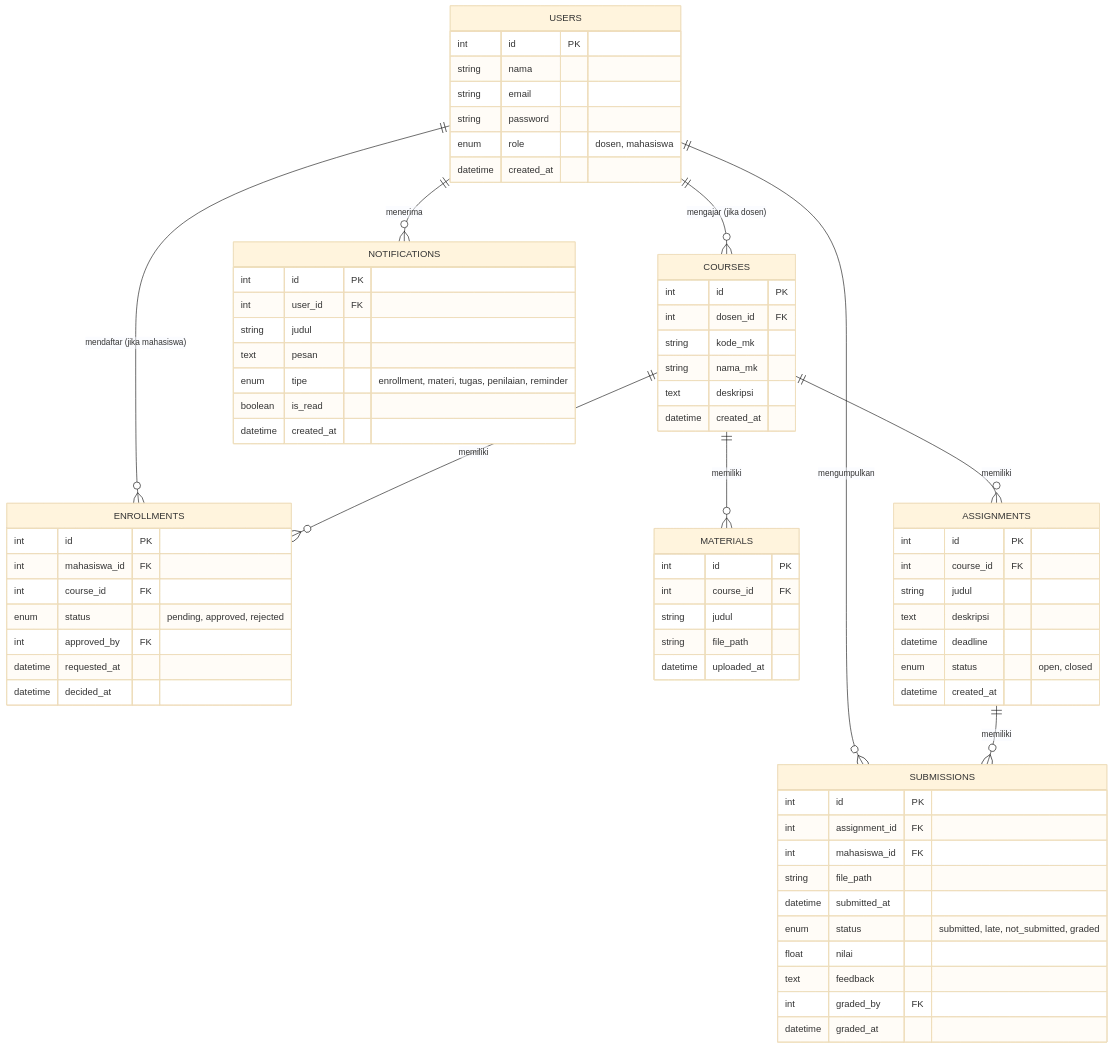
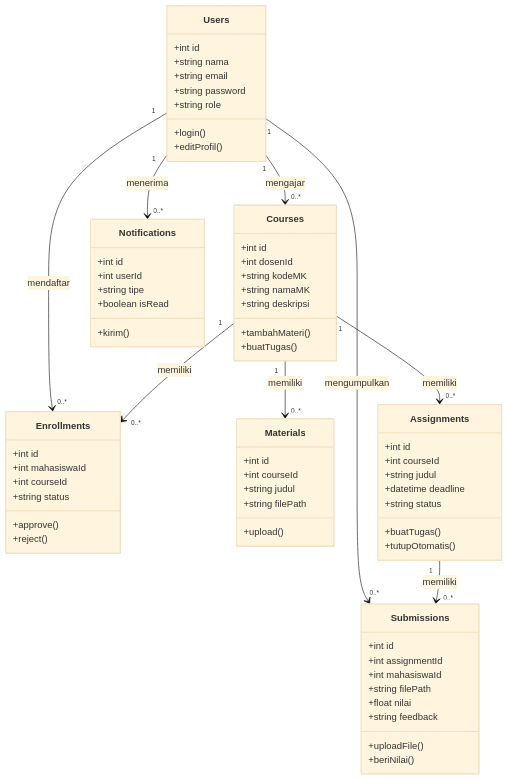
Before and after one commit to faiq1940/ELEAR: the third of 6 diagrams in README.md, drawn with Mermaid (base theme). The commit also changed other lines of this file, not shown here.

````diff
--- a/README.md
+++ b/README.md
@@ -106,74 +267,71 @@
 ```mermaid
-erDiagram
-USERS ||--o{ COURSES : "mengajar (jika dosen)"
-USERS ||--o{ ENROLLMENTS : "mendaftar (jika mahasiswa)"
-USERS ||--o{ SUBMISSIONS : "mengumpulkan"
-USERS ||--o{ NOTIFICATIONS : "menerima"
-COURSES ||--o{ ENROLLMENTS : memiliki
-COURSES ||--o{ MATERIALS : memiliki
-COURSES ||--o{ ASSIGNMENTS : memiliki
-ASSIGNMENTS ||--o{ SUBMISSIONS : memiliki
+classDiagram
+    class Users {
+        +int id
+        +string nama
+        +string email
+        +string password
+        +string role
+        +login()
+        +editProfil()
+    }
+    class Courses {
+        +int id
+        +int dosenId
+        +string kodeMK
+        +string namaMK
+        +string deskripsi
+        +tambahMateri()
+        +buatTugas()
+    }
+    class Enrollments {
+        +int id
+        +int mahasiswaId
+        +int courseId
+        +string status
+        +approve()
+        +reject()
+    }
+    class Materials {
+        +int id
+        +int courseId
+        +string judul
+        +string filePath
+        +upload()
+    }
+    class Assignments {
+        +int id
+        +int courseId
+        +string judul
+        +datetime deadline
+        +string status
+        +buatTugas()
+        +tutupOtomatis()
+    }
+    class Submissions {
+        +int id
+        +int assignmentId
+        +int mahasiswaId
+        +string filePath
+        +float nilai
+        +string feedback
+        +uploadFile()
+        +beriNilai()
+    }
+    class Notifications {
+        +int id
+        +int userId
+        +string tipe
+        +boolean isRead
+        +kirim()
+    }
 
-USERS {
-int id PK
-string nama
-string email
-string password
-enum role "dosen, mahasiswa"
-datetime created_at
-}
-COURSES {
-int id PK
-int dosen_id FK
-string kode_mk
-string nama_mk
-text deskripsi
-datetime created_at
-}
-ENROLLMENTS {
-int id PK
-int mahasiswa_id FK
-int course_id FK
-enum status "pending, approved, rejected"
-int approved_by FK
-datetime requested_at
-datetime decided_at
-}
-MATERIALS {
-int id PK
-int course_id FK
-string judul
-string file_path
-datetime uploaded_at
-}
-ASSIGNMENTS {
-int id PK
-int course_id FK
-string judul
-text deskripsi
-datetime deadline
-enum status "open, closed"
-datetime created_at
-}
-SUBMISSIONS {
-int id PK
-int assignment_id FK
-int mahasiswa_id FK
-string file_path
-datetime submitted_at
-enum status "submitted, late, not_submitted, graded"
-float nilai
-text feedback
-int graded_by FK
-datetime graded_at
-}
-NOTIFICATIONS {
-int id PK
-int user_id FK
-string judul
-text pesan
-enum tipe "enrollment, materi, tugas, penilaian, reminder"
-boolean is_read
-datetime created_at
-}
+    Users "1" --> "0..*" Courses : mengajar
+    Users "1" --> "0..*" Enrollments : mendaftar
+    Users "1" --> "0..*" Submissions : mengumpulkan
+    Users "1" --> "0..*" Notifications : menerima
+    Courses "1" --> "0..*" Enrollments : memiliki
+    Courses "1" --> "0..*" Materials : memiliki
+    Courses "1" --> "0..*" Assignments : memiliki
+    Assignments "1" --> "0..*" Submissions : memiliki
 ```
````
